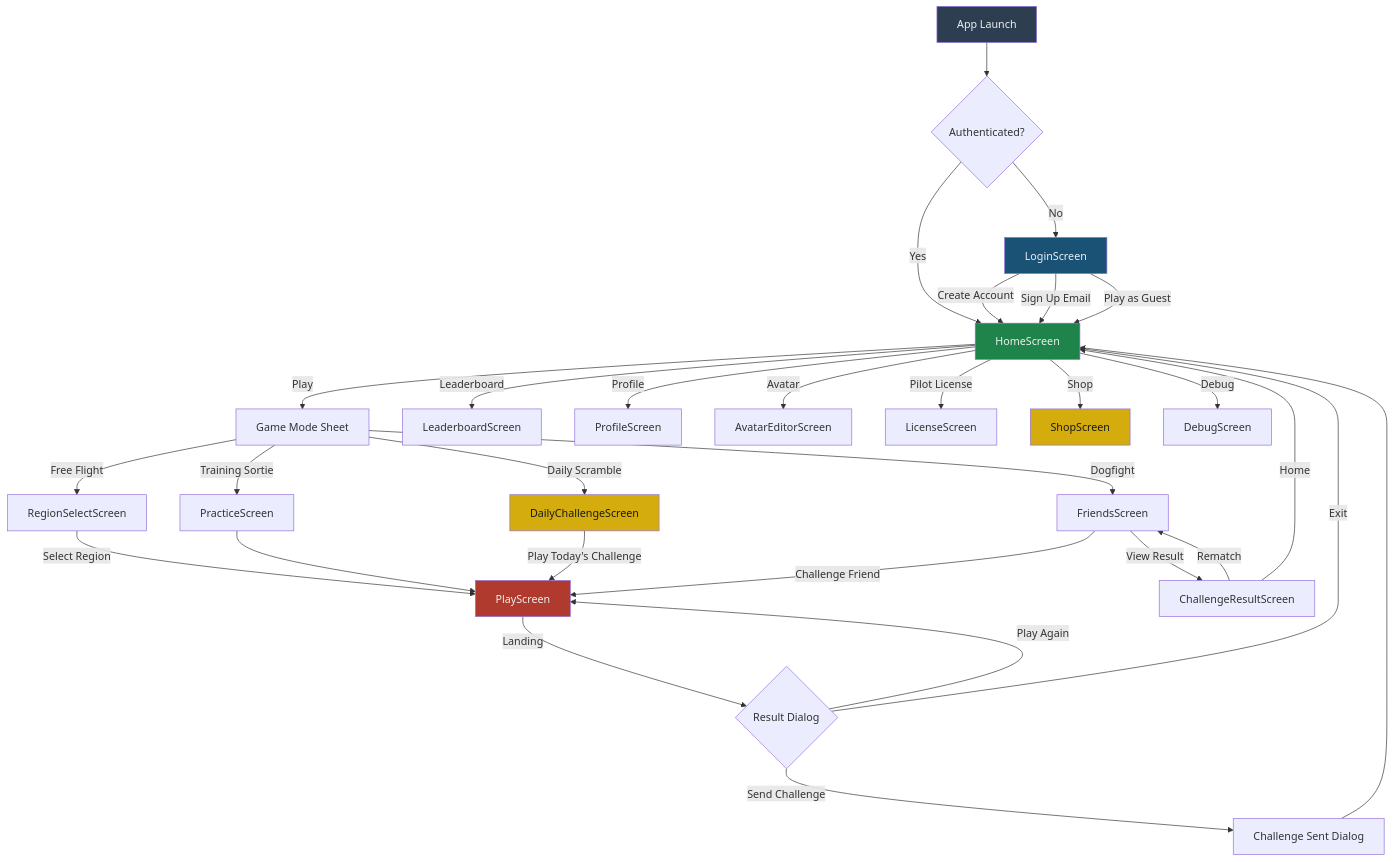
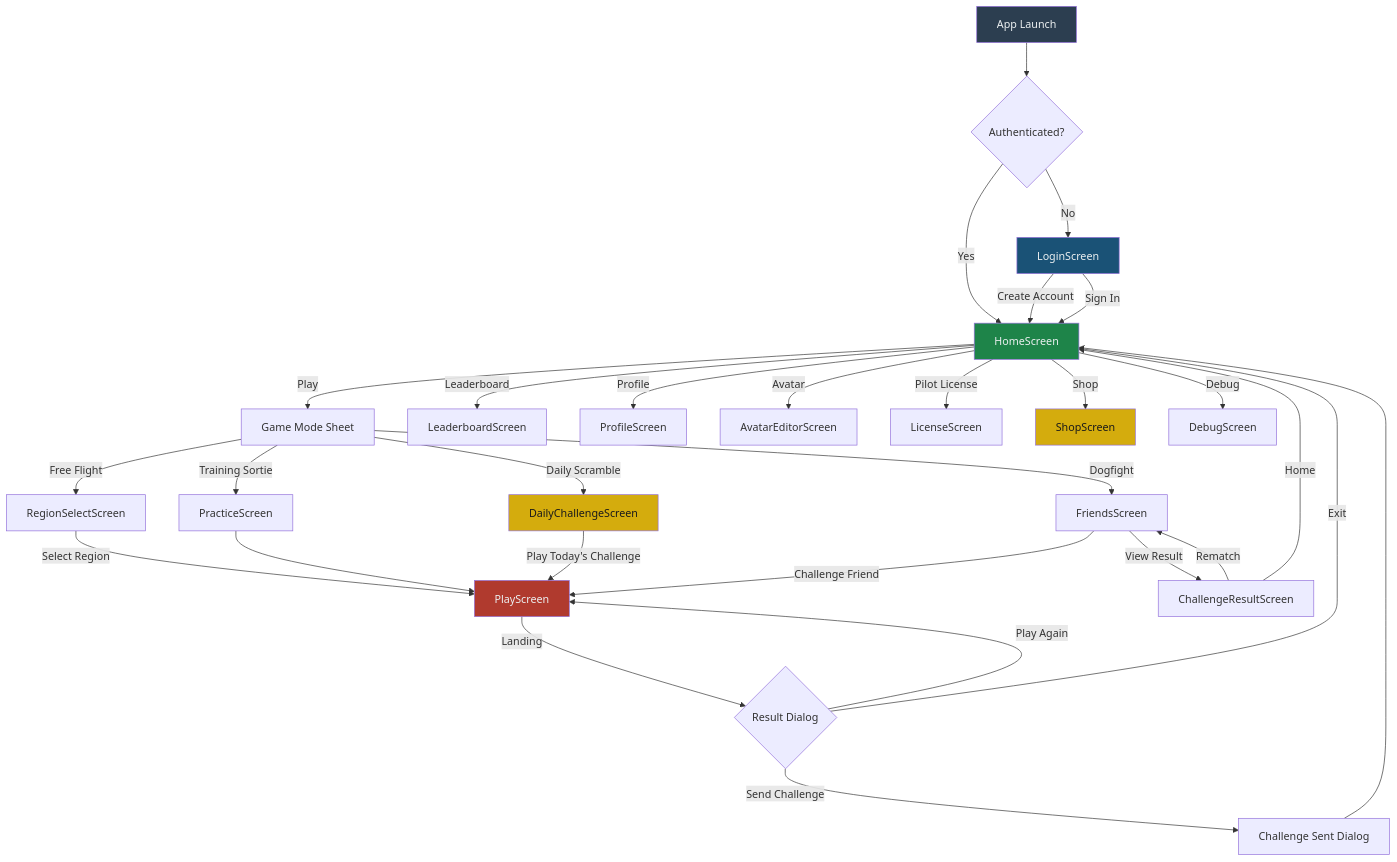
One commit to JamieMBright/flit changed the first of 8 diagrams in ARCHITECTURE.md. Above: the diagram before and after it, drawn with Mermaid. The commit also changed other lines of this file and 5 other files, not shown here.

````diff
--- a/ARCHITECTURE.md
+++ b/ARCHITECTURE.md
@@ -9,44 +9,43 @@
 ```mermaid
 graph TD
     A[App Launch] --> B{Authenticated?}
     B -->|No| C[LoginScreen]
     B -->|Yes| D[HomeScreen]
     C -->|Create Account| D
-    C -->|Sign Up Email| D
-    C -->|Play as Guest| D
+    C -->|Sign In| D
 
     D -->|Play| E[Game Mode Sheet]
     D -->|Leaderboard| F[LeaderboardScreen]
     D -->|Profile| G[ProfileScreen]
     D -->|Avatar| H[AvatarEditorScreen]
     D -->|Pilot License| I[LicenseScreen]
     D -->|Shop| J[ShopScreen]
     D -->|Debug| K[DebugScreen]
 
     E -->|Free Flight| L[RegionSelectScreen]
     E -->|Training Sortie| M[PracticeScreen]
     E -->|Daily Scramble| N[DailyChallengeScreen]
     E -->|Dogfight| O[FriendsScreen]
 
     L -->|Select Region| P[PlayScreen]
     M --> P
     N -->|Play Today's Challenge| P
     O -->|Challenge Friend| P
 
     P -->|Landing| Q{Result Dialog}
     Q -->|Play Again| P
     Q -->|Send Challenge| R[Challenge Sent Dialog]
     Q -->|Exit| D
     R --> D
 
     O -->|View Result| S[ChallengeResultScreen]
     S -->|Rematch| O
     S -->|Home| D
 
     style A fill:#2C3E50,color:#ECF0F1
     style C fill:#1A5276,color:#ECF0F1
     style D fill:#1E8449,color:#ECF0F1
     style P fill:#B03A2E,color:#ECF0F1
     style N fill:#D4AC0D,color:#1A1A1A
     style J fill:#D4AC0D,color:#1A1A1A
 ```
````
